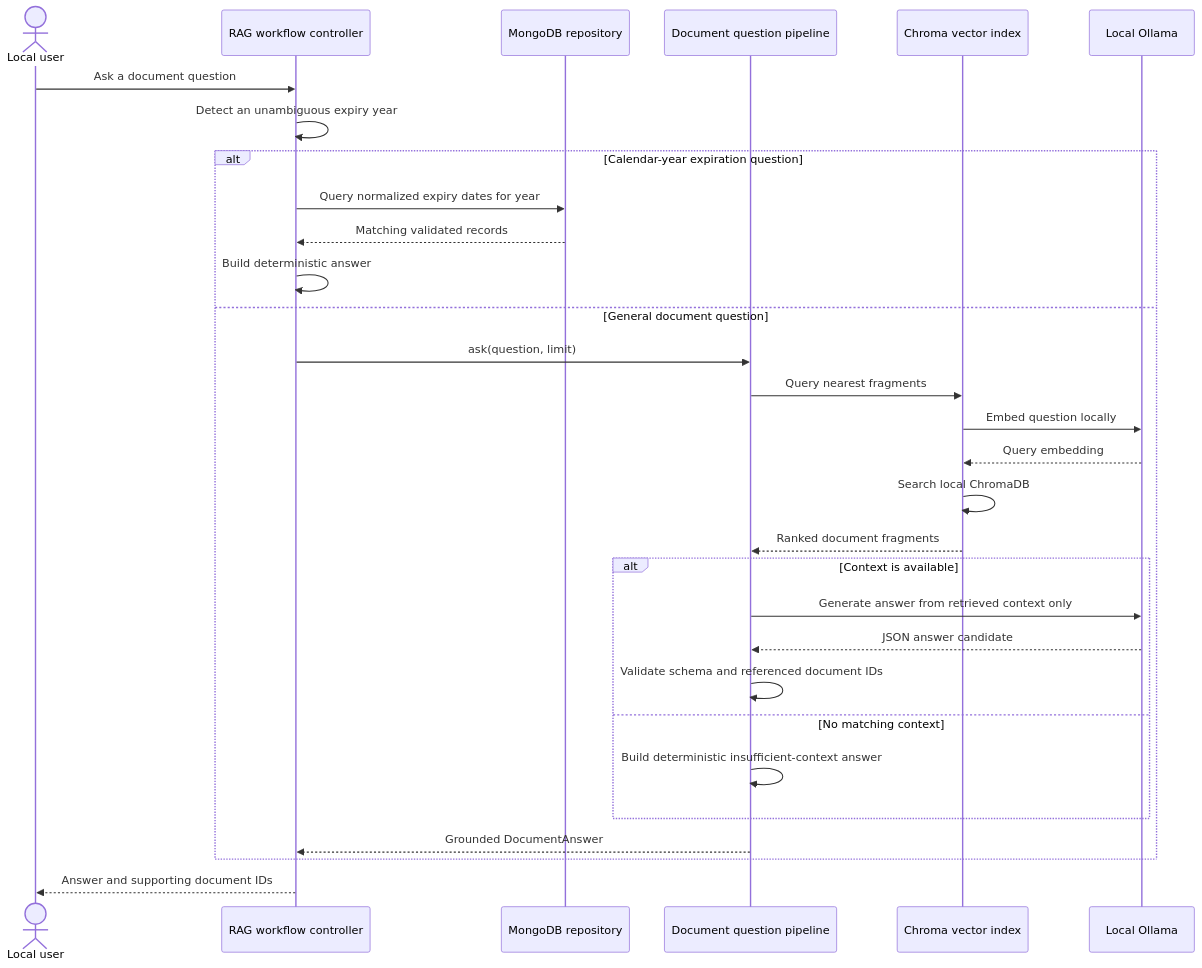
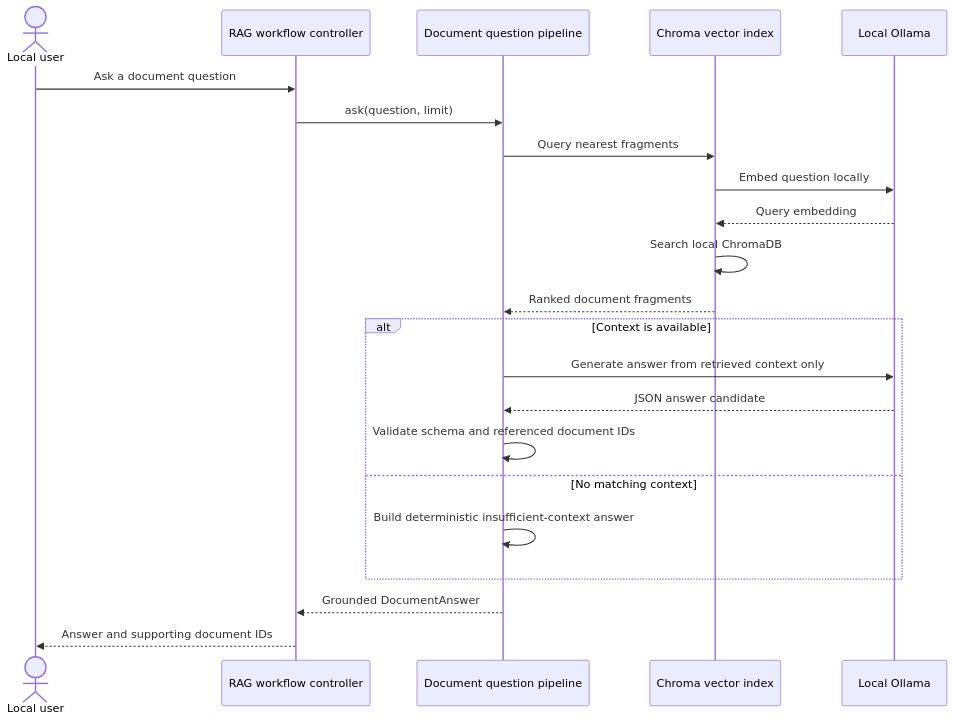
Before and after one commit to MattiaPeru/smart-doc-tracker: the fifth of 6 diagrams in docs/architecture.md, drawn with Mermaid. The commit also changed other lines of this file and 11 other files, not shown here.

First line of the commit message:
refactor: handle all document fields through the same RAG pipeline

````diff
--- a/docs/architecture.md
+++ b/docs/architecture.md
@@ -257,33 +256,25 @@
 ```mermaid
 sequenceDiagram
     actor User as Local user
     participant Controller as RAG workflow controller
-    participant Repository as MongoDB repository
     participant Pipeline as Document question pipeline
     participant Index as Chroma vector index
     participant Ollama as Local Ollama
 
     User->>Controller: Ask a document question
-    Controller->>Controller: Detect an unambiguous expiry year
-    alt Calendar-year expiration question
-        Controller->>Repository: Query normalized expiry dates for year
-        Repository-->>Controller: Matching validated records
-        Controller->>Controller: Build deterministic answer
-    else General document question
-        Controller->>Pipeline: ask(question, limit)
-        Pipeline->>Index: Query nearest fragments
-        Index->>Ollama: Embed question locally
-        Ollama-->>Index: Query embedding
-        Index->>Index: Search local ChromaDB
-        Index-->>Pipeline: Ranked document fragments
-        alt Context is available
-            Pipeline->>Ollama: Generate answer from retrieved context only
-            Ollama-->>Pipeline: JSON answer candidate
-            Pipeline->>Pipeline: Validate schema and referenced document IDs
-        else No matching context
-            Pipeline->>Pipeline: Build deterministic insufficient-context answer
-        end
-        Pipeline-->>Controller: Grounded DocumentAnswer
+    Controller->>Pipeline: ask(question, limit)
+    Pipeline->>Index: Query nearest fragments
+    Index->>Ollama: Embed question locally
+    Ollama-->>Index: Query embedding
+    Index->>Index: Search local ChromaDB
+    Index-->>Pipeline: Ranked document fragments
+    alt Context is available
+        Pipeline->>Ollama: Generate answer from retrieved context only
+        Ollama-->>Pipeline: JSON answer candidate
+        Pipeline->>Pipeline: Validate schema and referenced document IDs
+    else No matching context
+        Pipeline->>Pipeline: Build deterministic insufficient-context answer
     end
+    Pipeline-->>Controller: Grounded DocumentAnswer
     Controller-->>User: Answer and supporting document IDs
 ```
````
